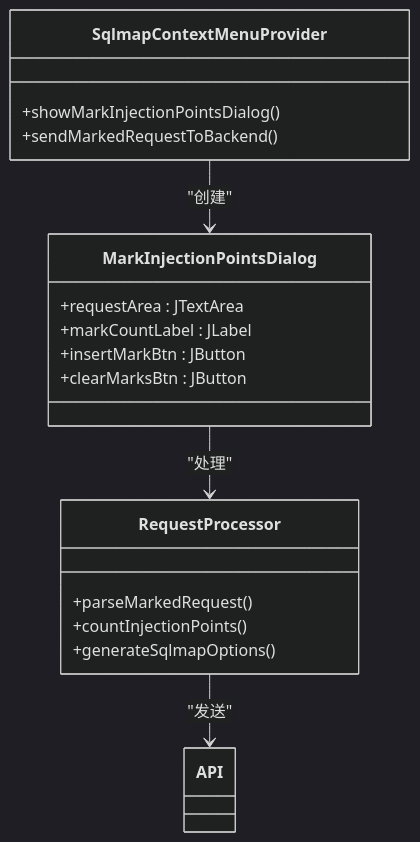
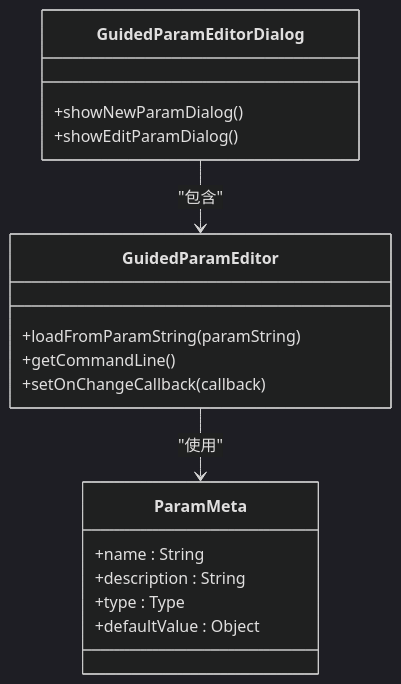
The eighth of 10 diagrams in .qoder/repowiki/zh/content/外部系统集成/Burp Suite插件集成.md (GitHubNull/sqlmapWebUI), drawn with Mermaid (dark theme) before and after one commit. The commit also changed other lines of this file and 9 other files, not shown here.

First line of the commit message:
docs(architecture): 添加引导式参数编辑器、扫描配置解析器和预设配置管理文档

````diff
--- a/.qoder/repowiki/zh/content/外部系统集成/Burp Suite插件集成.md
+++ b/.qoder/repowiki/zh/content/外部系统集成/Burp Suite插件集成.md
@@ -210,21 +286,20 @@
 ```mermaid
 classDiagram
-class SqlmapContextMenuProvider {
-+showMarkInjectionPointsDialog()
-+sendMarkedRequestToBackend()
+class GuidedParamEditor {
++loadFromParamString(paramString)
++getCommandLine()
++setOnChangeCallback(callback)
 }
-class MarkInjectionPointsDialog {
-+requestArea : JTextArea
-+markCountLabel : JLabel
-+insertMarkBtn : JButton
-+clearMarksBtn : JButton
+class GuidedParamEditorDialog {
++showNewParamDialog()
++showEditParamDialog()
 }
-class RequestProcessor {
-+parseMarkedRequest()
-+countInjectionPoints()
-+generateSqlmapOptions()
+class ParamMeta {
++name : String
++description : String
++type : Type
++defaultValue : Object
 }
-SqlmapContextMenuProvider --> MarkInjectionPointsDialog : "创建"
-MarkInjectionPointsDialog --> RequestProcessor : "处理"
-RequestProcessor --> API : "发送"
+GuidedParamEditor --> ParamMeta : "使用"
+GuidedParamEditorDialog --> GuidedParamEditor : "包含"
 ```
````
